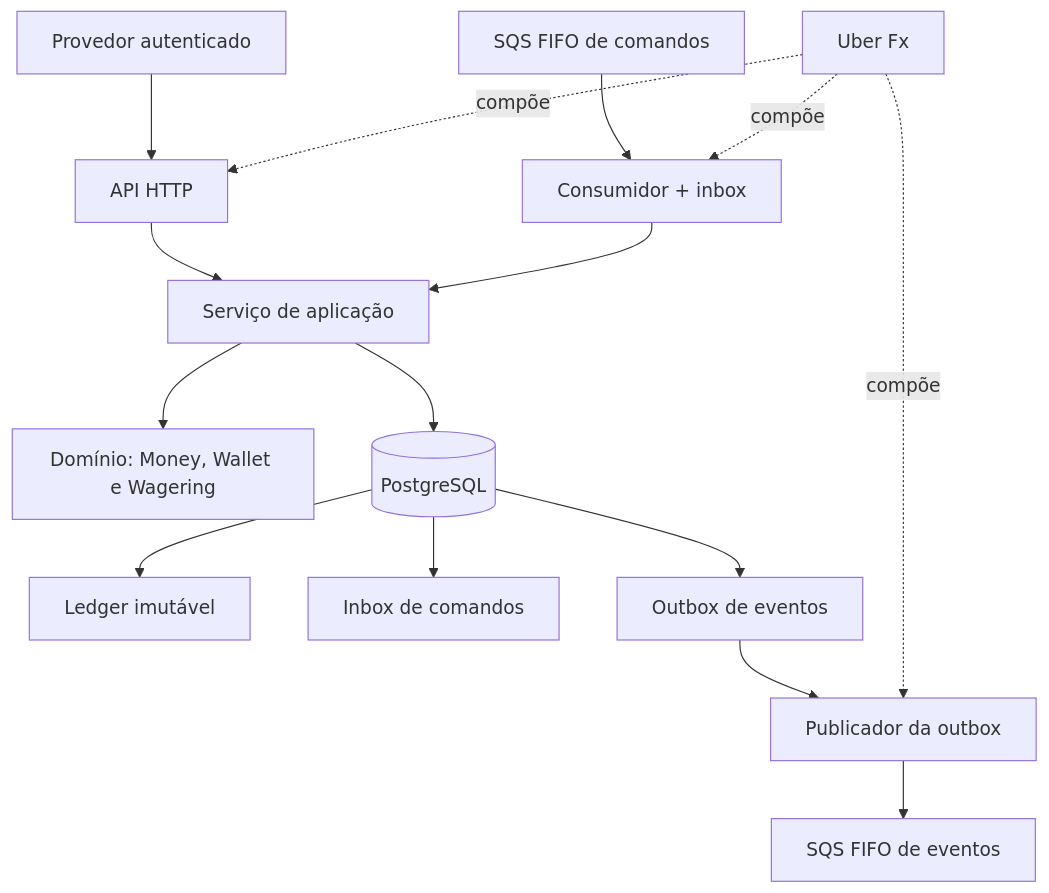
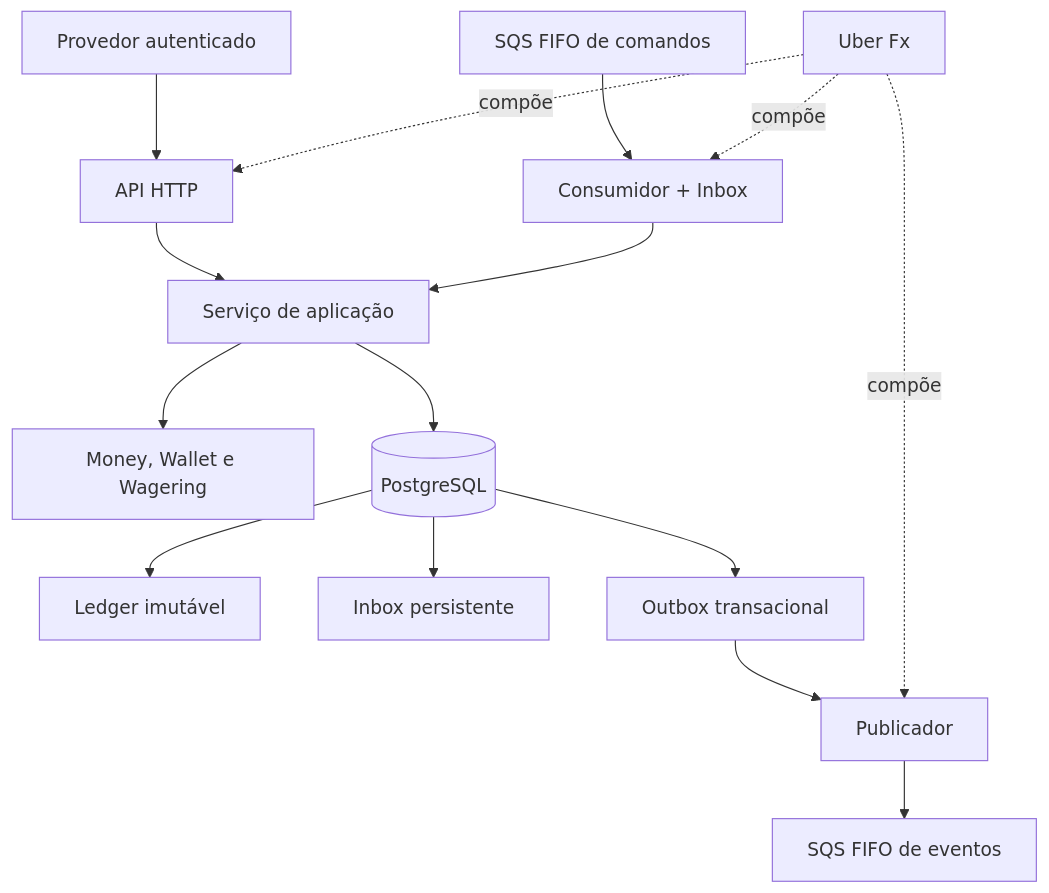
One commit to Cakez777/wallet-service changed the diagram in ARCHITECTURE.md. Above: the diagram before and after it, drawn with Mermaid. The commit also changed other lines of this file, not shown here.

First line of the commit message:
Revise architecture document for clarity and updates

````diff
--- a/ARCHITECTURE.md
+++ b/ARCHITECTURE.md
@@ -15,17 +15,17 @@
 ```mermaid
 flowchart TD
     Provider[Provedor autenticado] --> API[API HTTP]
-    Queue[SQS FIFO de comandos] --> Consumer[Consumidor + inbox]
+    Queue[SQS FIFO de comandos] --> Consumer[Consumidor + Inbox]
     API --> App[Serviço de aplicação]
     Consumer --> App
-    App --> Domain[Domínio: Money, Wallet e Wagering]
+    App --> Domain[Money, Wallet e Wagering]
     App --> DB[(PostgreSQL)]
     DB --> Ledger[Ledger imutável]
-    DB --> Inbox[Inbox de comandos]
-    DB --> Outbox[Outbox de eventos]
-    Outbox --> Publisher[Publicador da outbox]
+    DB --> Inbox[Inbox persistente]
+    DB --> Outbox[Outbox transacional]
+    Outbox --> Publisher[Publicador]
     Publisher --> Events[SQS FIFO de eventos]
     Fx[Uber Fx] -. compõe .-> API
     Fx -. compõe .-> Consumer
     Fx -. compõe .-> Publisher
 ```
````
